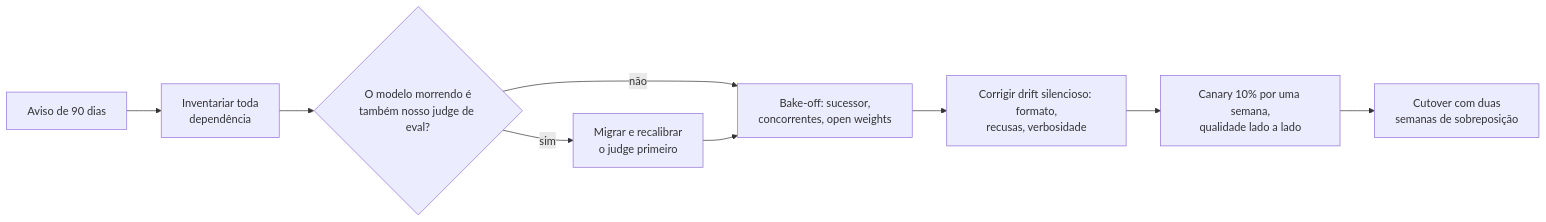
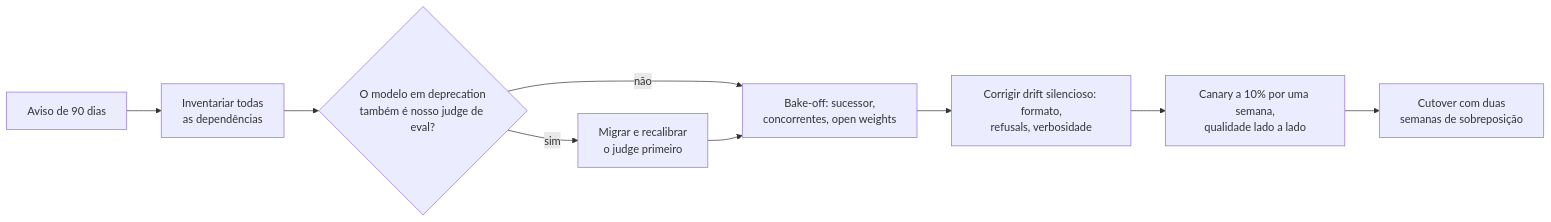
Before and after one commit to andrevberaldo/AI-Engineer-Interview-Questions: the tenth of 13 diagrams in 13-interview-process-and-behavioral/questions.pt-BR.md, drawn with Mermaid. The commit also changed other lines of this file and 1 other file, not shown here.

````diff
--- a/13-interview-process-and-behavioral/questions.pt-BR.md
+++ b/13-interview-process-and-behavioral/questions.pt-BR.md
@@ -689,11 +689,11 @@
 ```mermaid
 flowchart LR
-    A["Aviso de 90 dias"] --> B["Inventariar toda<br/>dependência"]
-    B --> C{"O modelo morrendo é<br/>também nosso judge de eval?"}
+    A["Aviso de 90 dias"] --> B["Inventariar todas<br/>as dependências"]
+    B --> C{"O modelo em deprecation<br/>também é nosso judge de eval?"}
     C -->|"sim"| D["Migrar e recalibrar<br/>o judge primeiro"]
     C -->|"não"| E["Bake-off: sucessor,<br/>concorrentes, open weights"]
     D --> E
-    E --> F["Corrigir drift silencioso: formato,<br/>recusas, verbosidade"]
-    F --> G["Canary 10% por uma semana,<br/>qualidade lado a lado"]
+    E --> F["Corrigir drift silencioso: formato,<br/>refusals, verbosidade"]
+    F --> G["Canary a 10% por uma semana,<br/>qualidade lado a lado"]
     G --> H["Cutover com duas<br/>semanas de sobreposição"]
 ```
````
